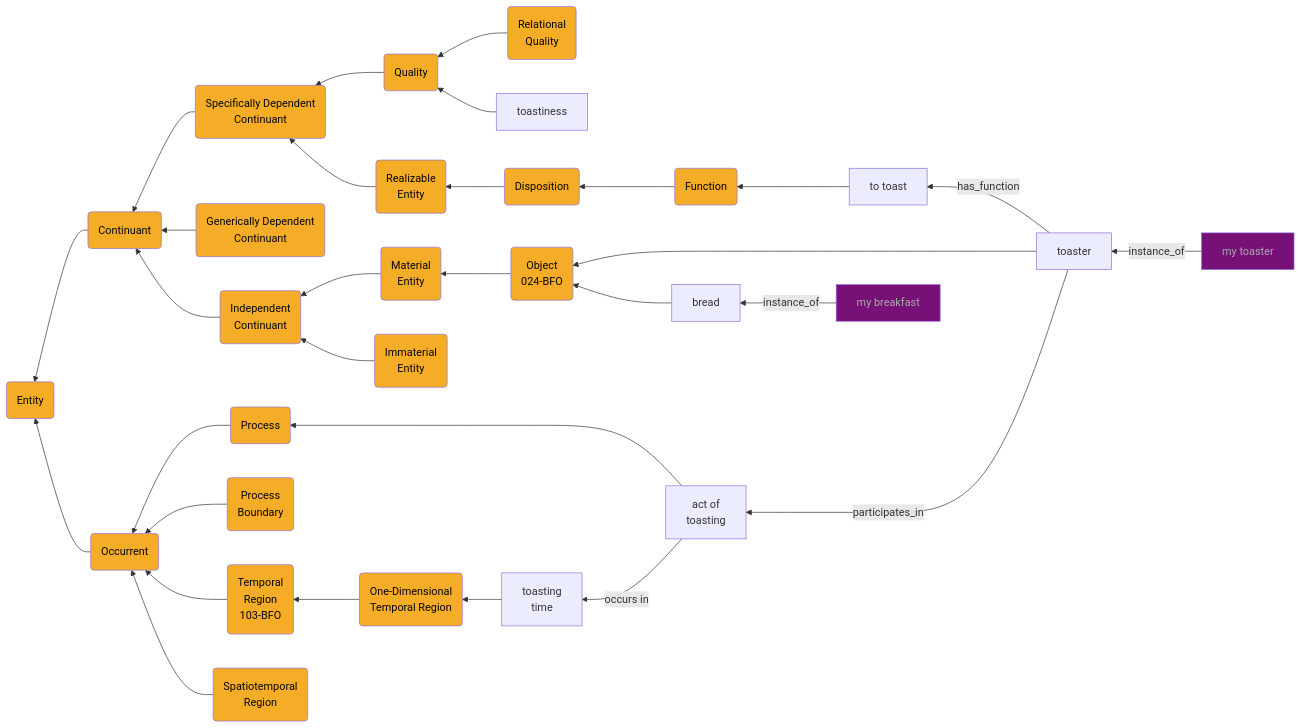
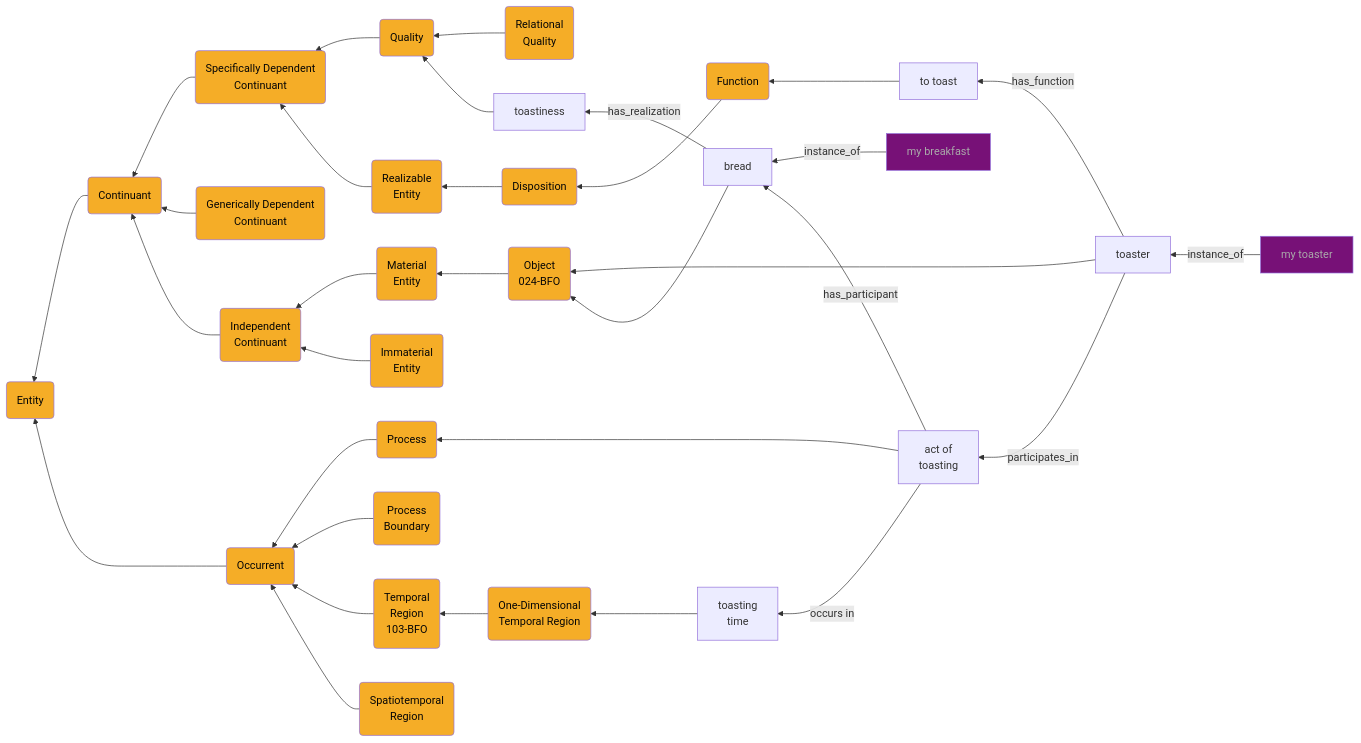
One commit to John-D-4/design-patterns changed the diagram in design-patterns/pattern1.md. Above: the diagram before and after it, drawn with Mermaid.

````diff
--- a/design-patterns/pattern1.md
+++ b/design-patterns/pattern1.md
@@ -40,50 +40,54 @@
  ```mermaid
 
 graph RL
 	B(Continuant)-->A(Entity):::BFO
 	D(Specifically Dependent<br> Continuant)-->B(Continuant):::BFO
 	E(Generically Dependent<br> Continuant):::BFO-->B(Continuant)
 	F(Independent<br> Continuant)-->B(Continuant)
 	G(Material Entity)-->F(Independent<br> Continuant):::BFO
 	H(Immaterial<br> Entity):::BFO-->F(Independent<br> Continuant)
 	I(Quality):::BFO-->D(Specifically Dependent<br> Continuant):::BFO
 	J(Realizable<br> Entity):::BFO-->D(Specifically Dependent<br> Continuant)
 	K(Relational<br> Quality):::BFO-->I(Quality):::BFO
 
 	M(Disposition):::BFO-->J(Realizable<br> Entity)
 	N(Function):::BFO-->M(Disposition)
 
 
 	Z(Object<br />024-BFO):::BFO-->G(Material<br> Entity):::BFO
 	C(Occurrent):::BFO-->A(Entity):::BFO
 	AA(Process):::BFO-->C(Occurrent):::BFO
 	AB(Process<br> Boundary):::BFO-->C(Occurrent)
 	AC(Temporal<br> Region):::BFO-->C(Occurrent)
 	AD(Spatiotemporal<br> Region):::BFO-->C(Occurrent)
-
+	
 	AI(One-Dimensional<br> Temporal Region):::BFO-->AC(Temporal<br> Region<br />103-BFO):::BFO
-
+	
 	IA[toastiness] --> I
+		
     	ZA[toaster] --> Z
-
-
+	
+	
 	ZA -- has_function --> NA
-	ZAA[my toaster]:::p -- instance_of --> ZA
-
+		ZAA[my toaster]:::p -- instance_of --> ZA
+	
 	ZB[bread] --> Z
-	ZBA[my breakfast]:::p -- instance_of --> ZB
-
-	AAA[act of<br />toasting] --> AA(Process)
-	AAA -- occurs in --> AFA
+		ZBA[my breakfast]:::p -- instance_of --> ZB
+	ZB -- has_realization --> IA
+	
+		AAA[act of<br />toasting] --> AA(Process)
+		AAA -- occurs in --> AFA
+		AAA -- has_participant --> ZB
+		
 	
 	NA[to toast] --> N(Function)
-	        
-	AFA[toasting<br />time] --> AI
+	
+		AFA[toasting<br />time] --> AI
 
 	ZA -- participates_in --> AAA
 
     classDef BFO fill:#F5AD27,color:#060606
     classDef p fill:#771177,color:#AAAAAA
 
 	
 ```
````
